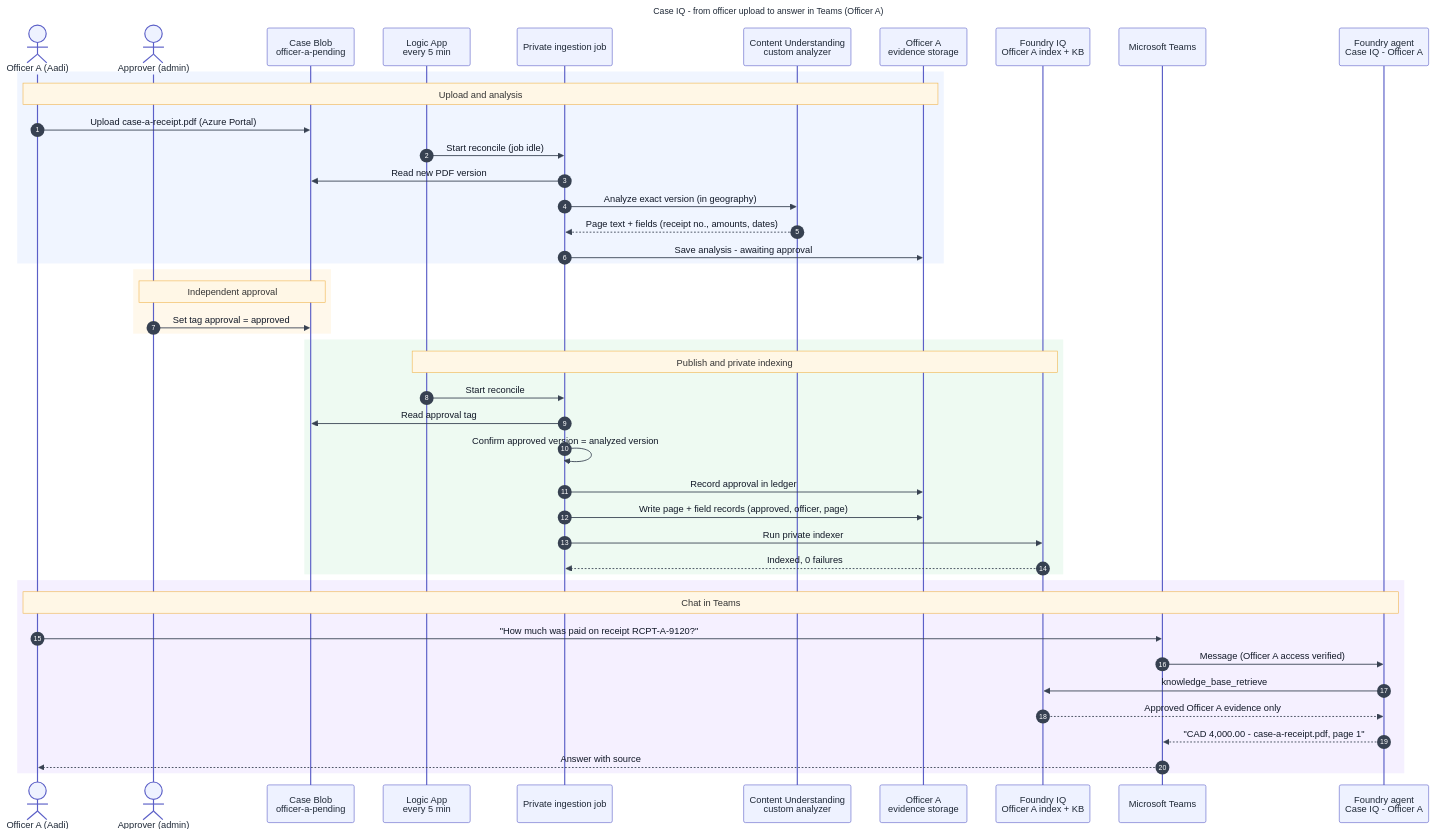
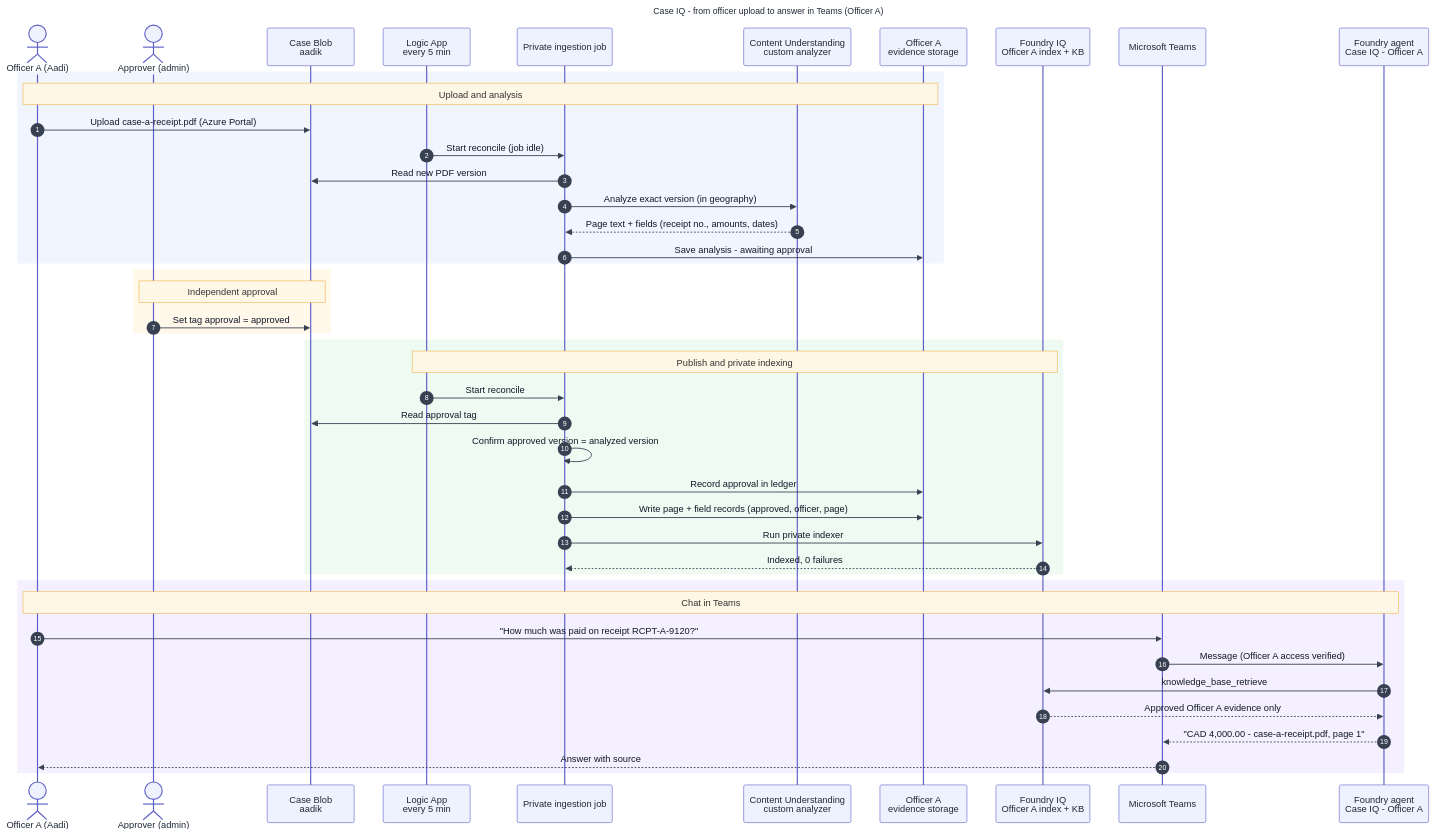
One commit to microsoftgbb/poc-foundry-regulated-iq changed the diagram in docs/diagrams/case-iq-document-lifecycle-sequence.mmd. Above: the diagram before and after it, drawn with Mermaid. The commit also changed 9 other files, not shown here.

```diff
--- a/docs/diagrams/case-iq-document-lifecycle-sequence.mmd
+++ b/docs/diagrams/case-iq-document-lifecycle-sequence.mmd
@@ -1,51 +1,51 @@
 %%{init: {"theme": "base", "themeVariables": {"fontFamily": "Segoe UI, Helvetica, Arial", "fontSize": "15px", "primaryColor": "#EEF2FF", "primaryBorderColor": "#5B5FC7", "primaryTextColor": "#1F2937", "actorBkg": "#EEF2FF", "actorBorder": "#5B5FC7", "actorTextColor": "#1F2937", "signalColor": "#374151", "signalTextColor": "#111827", "noteBkgColor": "#FFF7E6", "noteBorderColor": "#F0B44C", "activationBkgColor": "#E0E7FF", "sequenceNumberColor": "#FFFFFF"}}}%%
 sequenceDiagram
     autonumber
     title Case IQ - from officer upload to answer in Teams (Officer A)
 
     actor Officer as Officer A (Aadi)
     actor Approver as Approver (admin)
-    participant Blob as Case Blob<br/>officer-a-pending
+    participant Blob as Case Blob<br/>aadik
     participant Logic as Logic App<br/>every 5 min
     participant Job as Private ingestion job
     participant CU as Content Understanding<br/>custom analyzer
     participant Evidence as Officer A<br/>evidence storage
     participant Search as Foundry IQ<br/>Officer A index + KB
     participant Teams as Microsoft Teams
     participant Agent as Foundry agent<br/>Case IQ - Officer A
 
     rect rgb(240, 245, 255)
     Note over Officer,Evidence: Upload and analysis
     Officer->>Blob: Upload case-a-receipt.pdf (Azure Portal)
     Logic->>Job: Start reconcile (job idle)
     Job->>Blob: Read new PDF version
     Job->>CU: Analyze exact version (in geography)
     CU-->>Job: Page text + fields (receipt no., amounts, dates)
     Job->>Evidence: Save analysis - awaiting approval
     end
 
     rect rgb(255, 248, 235)
     Note over Approver,Blob: Independent approval
     Approver->>Blob: Set tag approval = approved
     end
 
     rect rgb(238, 250, 242)
     Note over Logic,Search: Publish and private indexing
     Logic->>Job: Start reconcile
     Job->>Blob: Read approval tag
     Job->>Job: Confirm approved version = analyzed version
     Job->>Evidence: Record approval in ledger
     Job->>Evidence: Write page + field records (approved, officer, page)
     Job->>Search: Run private indexer
     Search-->>Job: Indexed, 0 failures
     end
 
     rect rgb(245, 240, 255)
     Note over Officer,Agent: Chat in Teams
     Officer->>Teams: "How much was paid on receipt RCPT-A-9120?"
     Teams->>Agent: Message (Officer A access verified)
     Agent->>Search: knowledge_base_retrieve
     Search-->>Agent: Approved Officer A evidence only
     Agent-->>Teams: "CAD 4,000.00 - case-a-receipt.pdf, page 1"
     Teams-->>Officer: Answer with source
     end
```
